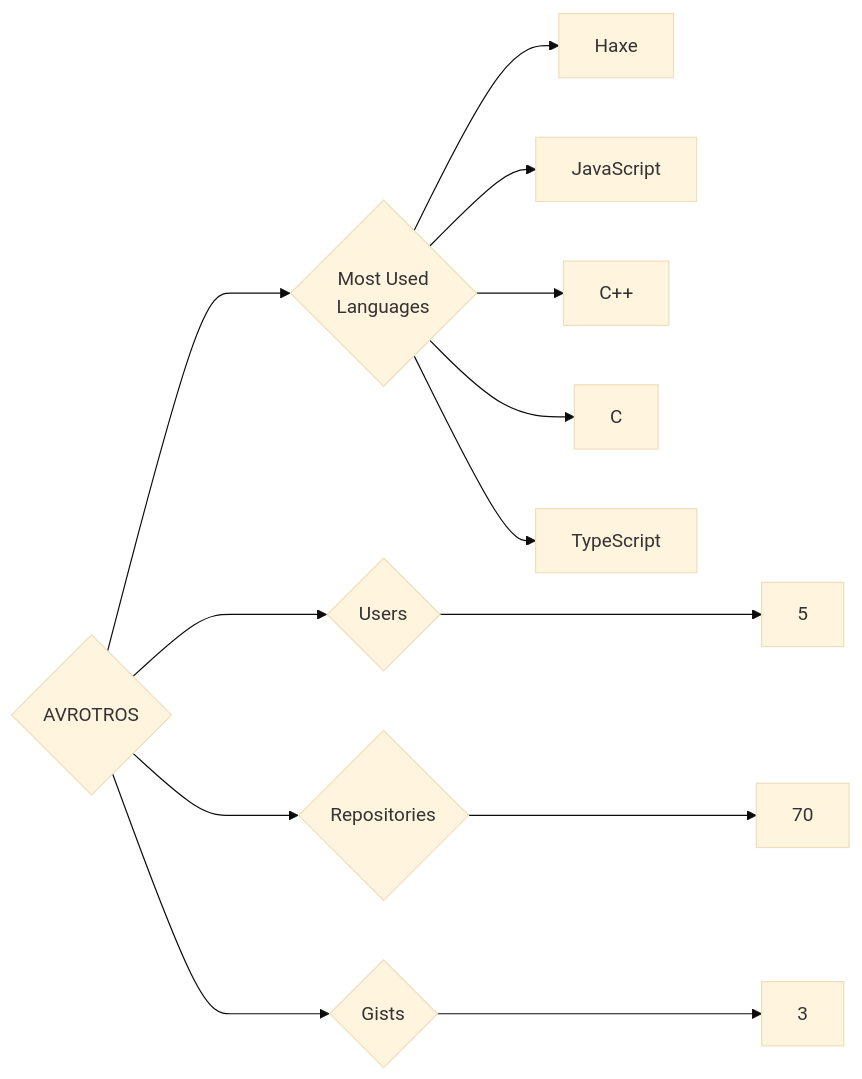
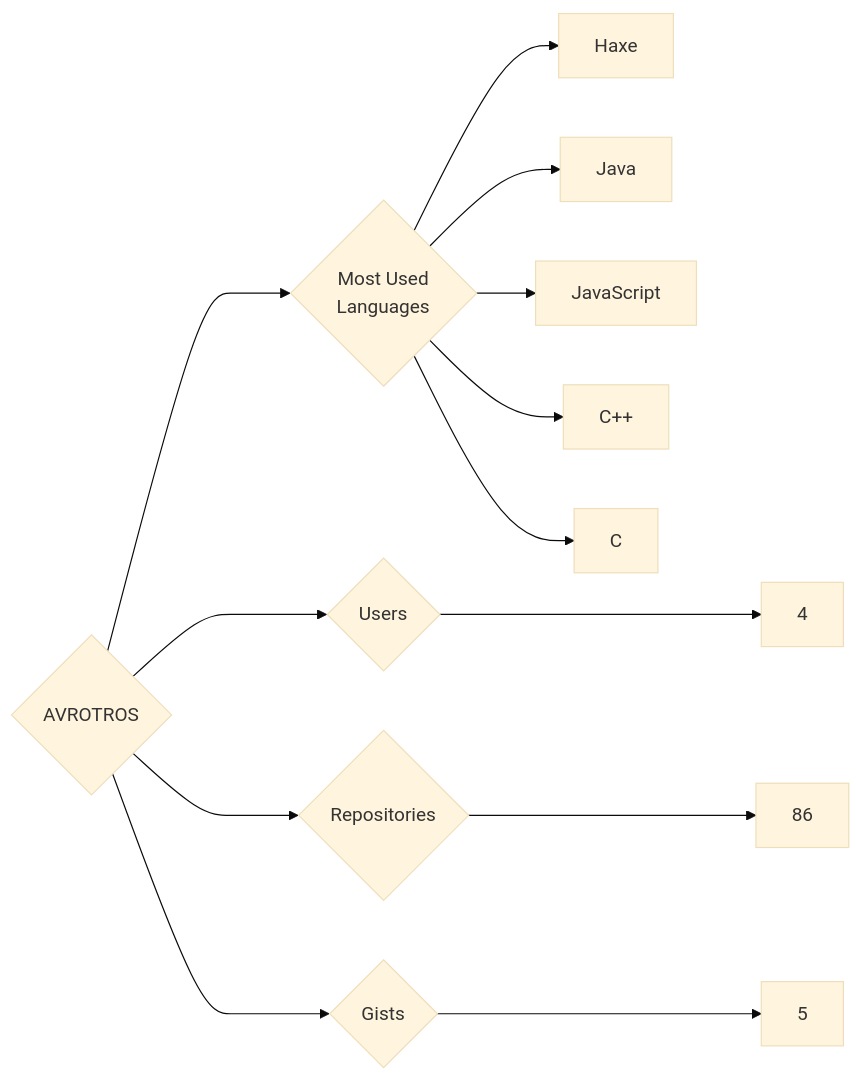
The diagram in targets/AVROTROS/README.md (trickest/insiders), drawn with Mermaid (base theme) before and after one commit. The commit also changed 826 other files, not shown here.

````diff
--- a/targets/AVROTROS/README.md
+++ b/targets/AVROTROS/README.md
@@ -3,13 +3,13 @@
 ```mermaid
 graph LR
 COMPANY_NAME{AVROTROS}
-COMPANY_NAME ---> U{Users} ---> UN[5]
-COMPANY_NAME ---> R{Repositories} ---> RN[70]
-COMPANY_NAME ---> G{Gists} ---> GN[3]
+COMPANY_NAME ---> U{Users} ---> UN[4]
+COMPANY_NAME ---> R{Repositories} ---> RN[86]
+COMPANY_NAME ---> G{Gists} ---> GN[5]
 COMPANY_NAME ---> ML{Most Used<br>Languages}
 ML --> Haxe[Haxe]
+ML --> Java[Java]
 ML --> JavaScript[JavaScript]
 ML --> C++[C++]
 ML --> C[C]
-ML --> TypeScript[TypeScript]
 ```
````
